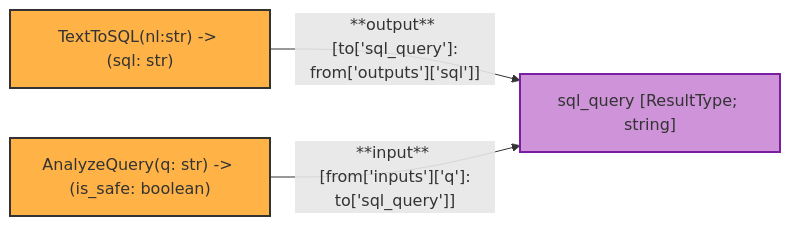
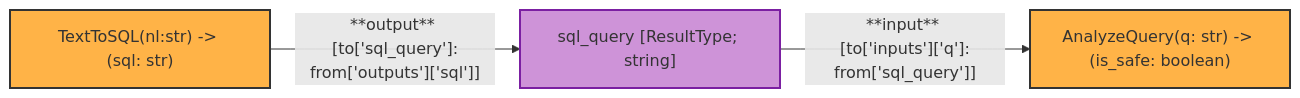
Before and after one commit to datagems-eosc/moma-management: the second of 5 diagrams in docs/design_notes/2024_04_16_Operator_IO.md, drawn with Mermaid. The commit also changed other lines of this file and 16 other files, not shown here.

````diff
--- a/docs/design_notes/2024_04_16_Operator_IO.md
+++ b/docs/design_notes/2024_04_16_Operator_IO.md
@@ -488,13 +488,13 @@
 ```mermaid
 graph LR
     OP1["TextToSQL(nl:str) -> (sql: str)"]
     RT1["sql_query [ResultType; string]"]
     OP2["AnalyzeQuery(q: str) -> (is_safe: boolean)"]
 
     OP1 -->|"**output** <br> [to['sql_query']: from['outputs']['sql']]"| RT1
-    OP2 -->|"**input** <br> [from['inputs']['q']: to['sql_query']]"| RT1
+    RT1 -->|"**input** <br> [to['inputs']['q']: from['sql_query']]"| OP2
 
     style OP1 fill:#FFB347,stroke:#333,stroke-width:2px
     style OP2 fill:#FFB347,stroke:#333,stroke-width:2px
     style RT1 fill:#CE93D8,stroke:#7B1FA2,stroke-width:2px
 ```
````
